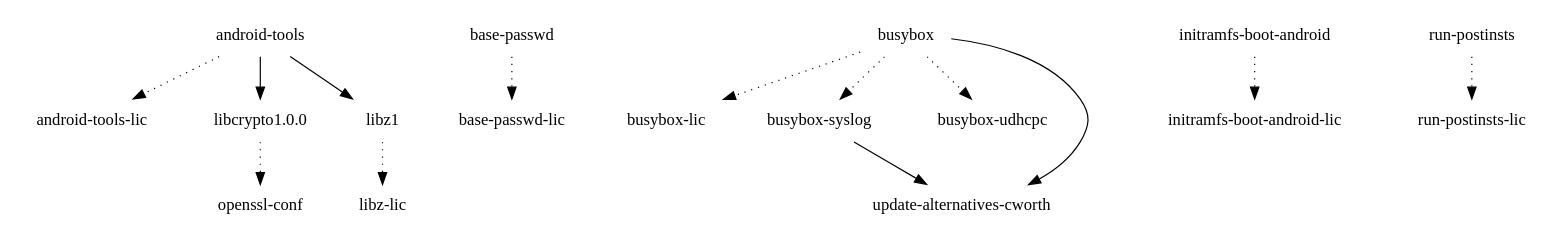
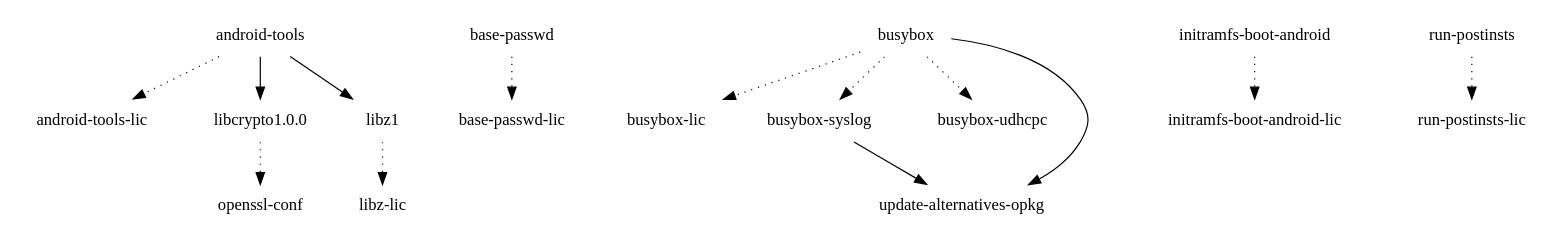
One commit to webOS-ports/buildhistory changed the diagram in images/maguro/eglibc/initramfs-android-image/depends-nokernel-nolibc.dot. Above: the diagram before and after it, drawn with Graphviz. The commit also changed 8 other files, not shown here.

```diff
--- a/images/maguro/eglibc/initramfs-android-image/depends-nokernel-nolibc.dot
+++ b/images/maguro/eglibc/initramfs-android-image/depends-nokernel-nolibc.dot
@@ -1,16 +1,16 @@
 digraph depends {
     node [shape=plaintext]
 "android-tools" -> "android-tools-lic" [style=dotted];
 "android-tools" -> "libcrypto1.0.0";
 "android-tools" -> "libz1";
 "base-passwd" -> "base-passwd-lic" [style=dotted];
 "busybox" -> "busybox-lic" [style=dotted];
 "busybox" -> "busybox-syslog" [style=dotted];
 "busybox" -> "busybox-udhcpc" [style=dotted];
-"busybox" -> "update-alternatives-cworth";
-"busybox-syslog" -> "update-alternatives-cworth";
+"busybox" -> "update-alternatives-opkg";
+"busybox-syslog" -> "update-alternatives-opkg";
 "initramfs-boot-android" -> "initramfs-boot-android-lic" [style=dotted];
 "libcrypto1.0.0" -> "openssl-conf" [style=dotted];
 "libz1" -> "libz-lic" [style=dotted];
 "run-postinsts" -> "run-postinsts-lic" [style=dotted];
 }
```
